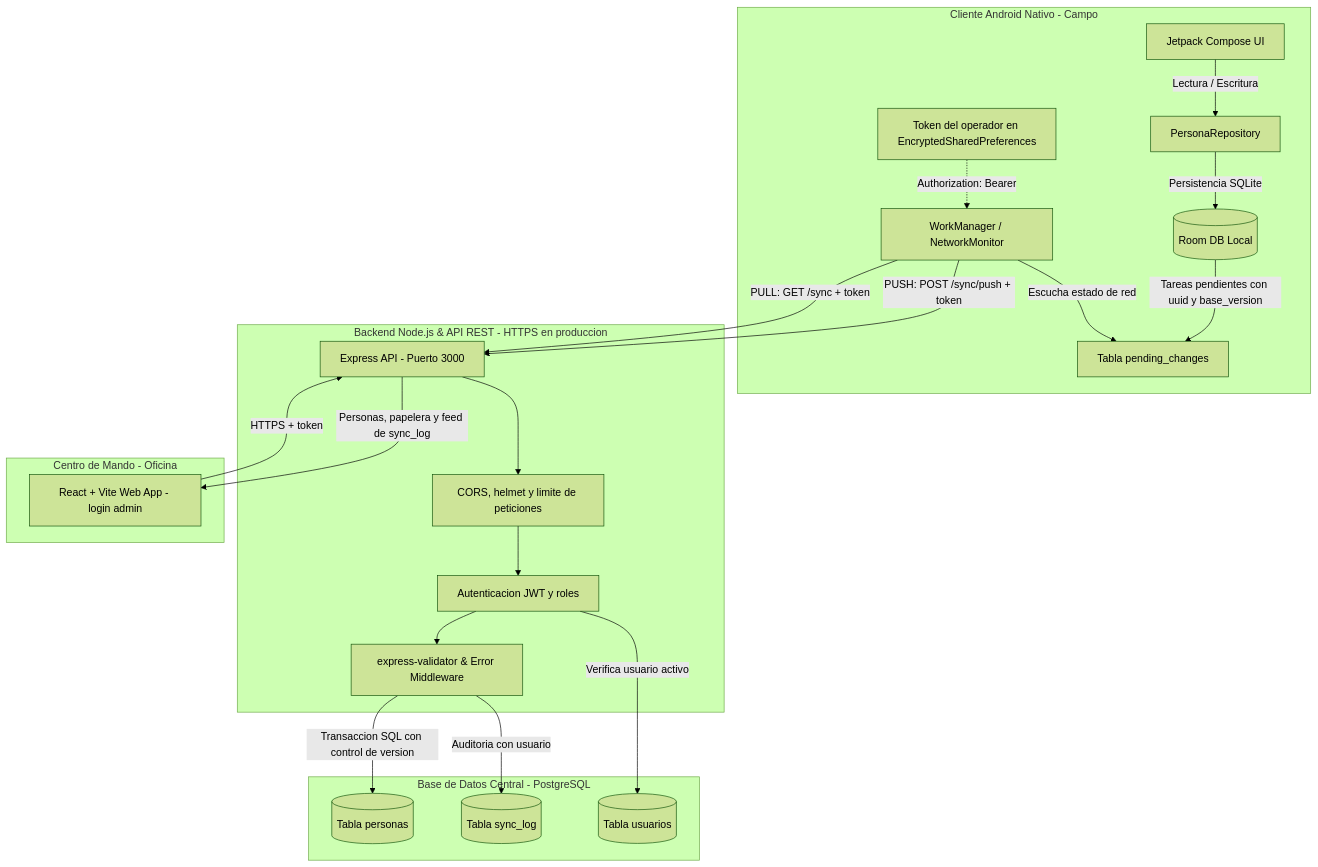
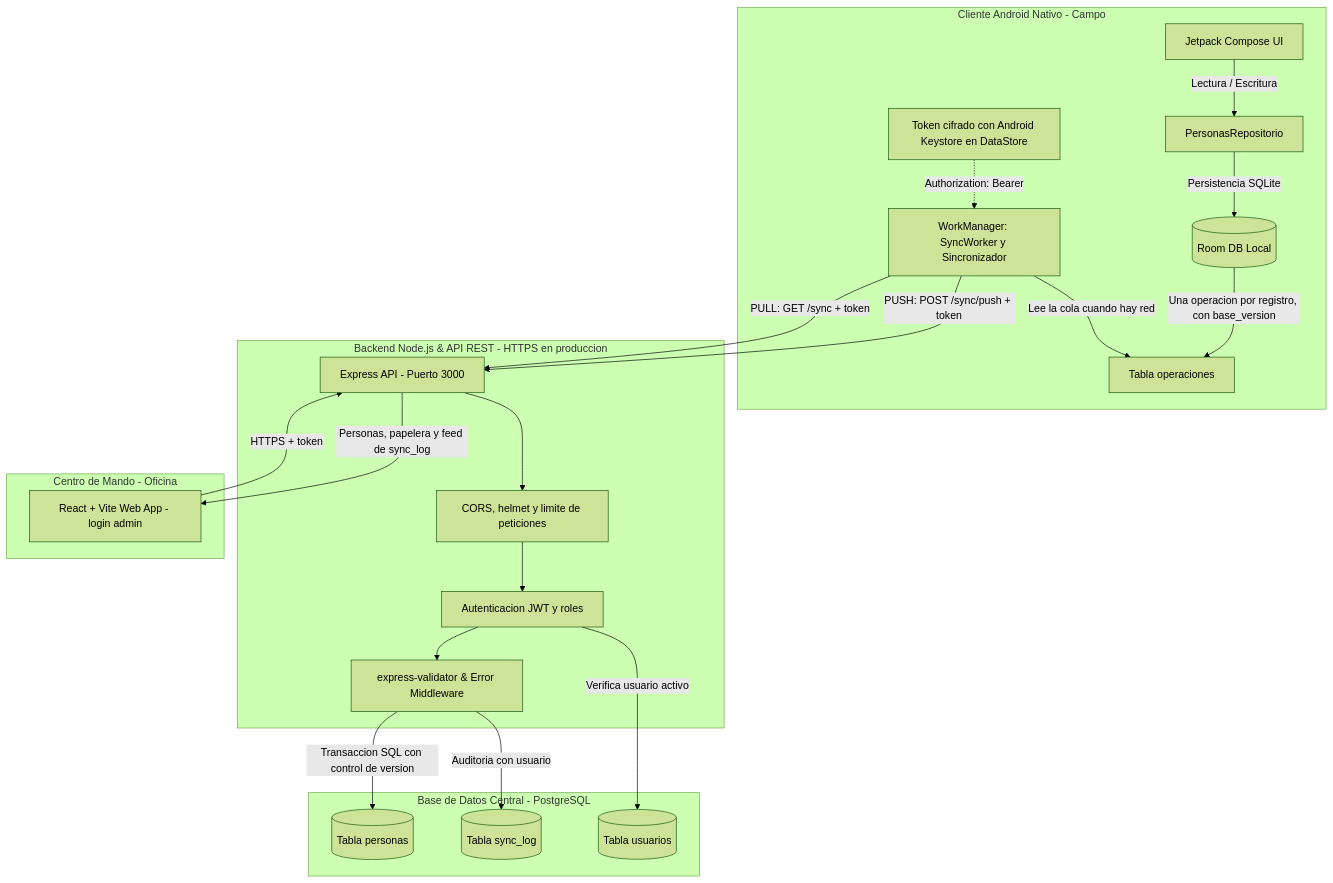
Before and after one commit to Aryannext/Sincronizaci-n-Web---app-Nativa: the first of 3 diagrams in docs/documento.md, drawn with Mermaid (forest theme). The commit also changed other lines of this file and 42 other files, not shown here.

First line of the commit message:
feat: app Android offline-first (Kotlin, Compose, Room y WorkManager)

````diff
--- a/docs/documento.md
+++ b/docs/documento.md
@@ -18,36 +18,36 @@
 ```mermaid
 graph TD
     subgraph Capa_Movil [Cliente Android Nativo - Campo]
-        UI[Jetpack Compose UI] -->|Lectura / Escritura| REPO[PersonaRepository]
+        UI[Jetpack Compose UI] -->|Lectura / Escritura| REPO[PersonasRepositorio]
         REPO -->|Persistencia SQLite| ROOM[(Room DB Local)]
-        ROOM -->|Tareas pendientes con uuid y base_version| COLA[Tabla pending_changes]
-        WM[WorkManager / NetworkMonitor] -->|Escucha estado de red| COLA
-        TOKEN[Token del operador en EncryptedSharedPreferences]
+        ROOM -->|Una operacion por registro, con base_version| COLA[Tabla operaciones]
+        WM[WorkManager: SyncWorker y Sincronizador] -->|Lee la cola cuando hay red| COLA
+        TOKEN[Token cifrado con Android Keystore en DataStore]
     end
 
     subgraph Capa_Servidor [Backend Node.js & API REST - HTTPS en produccion]
         API[Express API - Puerto 3000]
         SEG[CORS, helmet y limite de peticiones]
         AUTH[Autenticacion JWT y roles]
         VAL[express-validator & Error Middleware]
         API --> SEG --> AUTH --> VAL
     end
 
     subgraph Capa_Datos [Base de Datos Central - PostgreSQL]
         PG[(Tabla personas)]
         LOG[(Tabla sync_log)]
         USR[(Tabla usuarios)]
         AUTH -->|Verifica usuario activo| USR
         VAL -->|Transaccion SQL con control de version| PG
         VAL -->|Auditoria con usuario| LOG
     end
 
     subgraph Capa_Administrativa [Centro de Mando - Oficina]
         WEB[React + Vite Web App - login admin] -->|HTTPS + token| API
     end
 
     WM -->|PUSH: POST /sync/push + token| API
     WM -->|PULL: GET /sync + token| API
     TOKEN -.->|Authorization: Bearer| WM
     API -->|Personas, papelera y feed de sync_log| WEB
 ```
````
